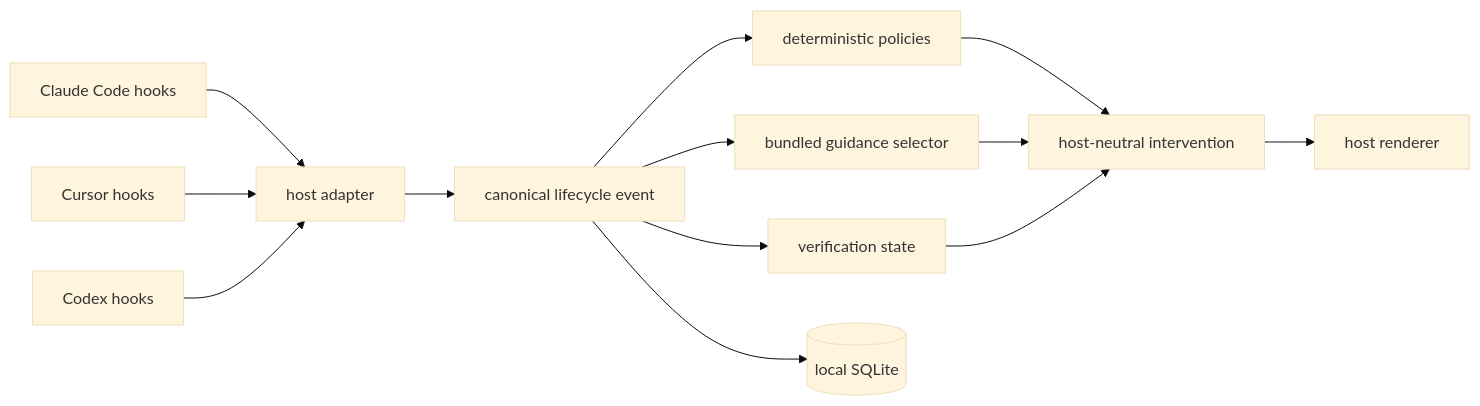
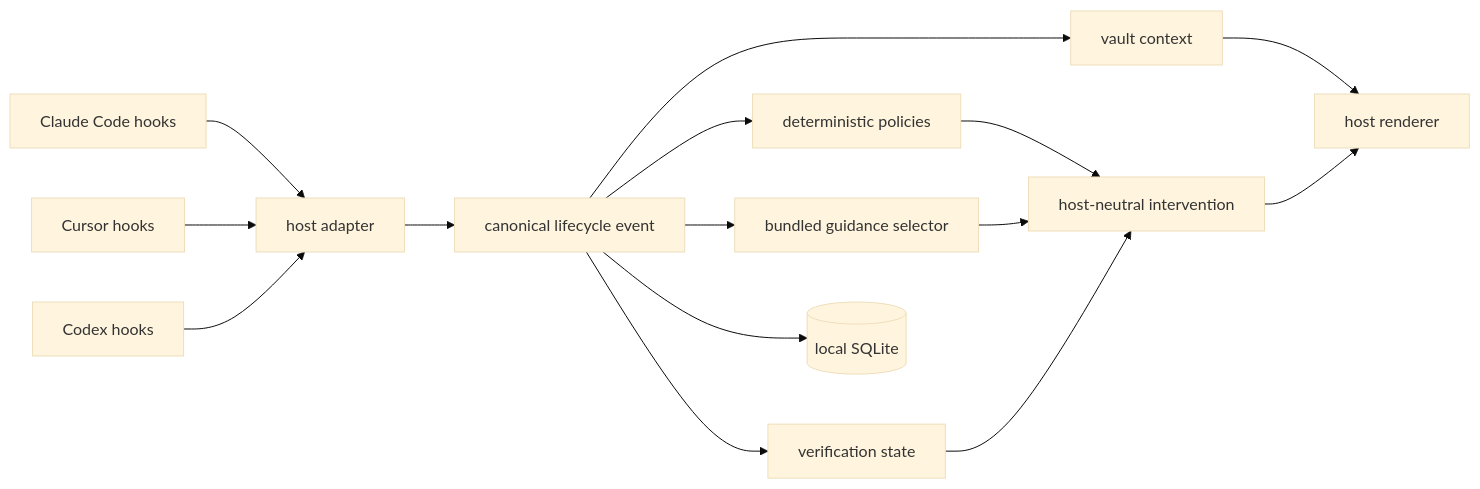
One commit to agent-efficiency/agent-efficiency changed the diagram in docs/architecture.md. Above: the diagram before and after it, drawn with Mermaid (base theme). The commit also changed other lines of this file and 4 other files, not shown here.

First line of the commit message:
docs: document vault context, the 0.2.0 upgrade, and a changelog

````diff
--- a/docs/architecture.md
+++ b/docs/architecture.md
@@ -6,15 +6,17 @@
 ```mermaid
 flowchart LR
     C[Claude Code hooks] --> A[host adapter]
     U[Cursor hooks] --> A
     X[Codex hooks] --> A
     A --> E[canonical lifecycle event]
     E --> P[deterministic policies]
     E --> G[bundled guidance selector]
     E --> V[verification state]
+    E --> K[vault context]
+    K --> R
     P --> I[host-neutral intervention]
     G --> I
     V --> I
     I --> R[host renderer]
     E --> S[(local SQLite)]
 ```
````
